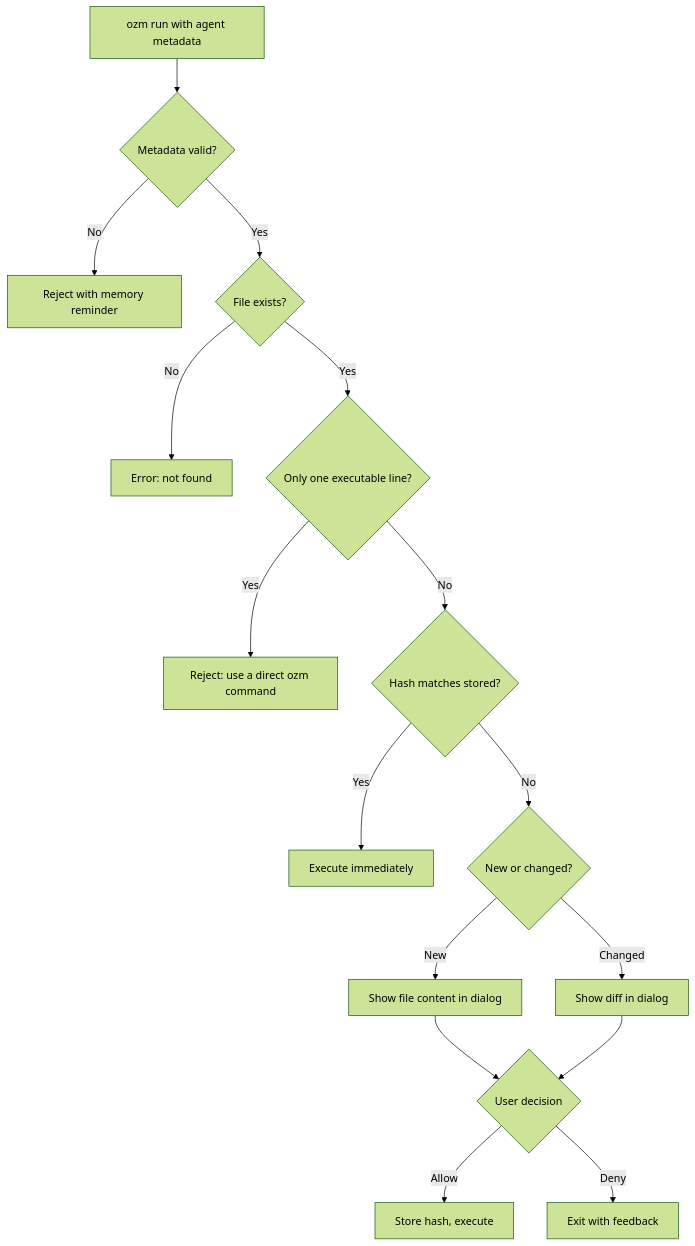
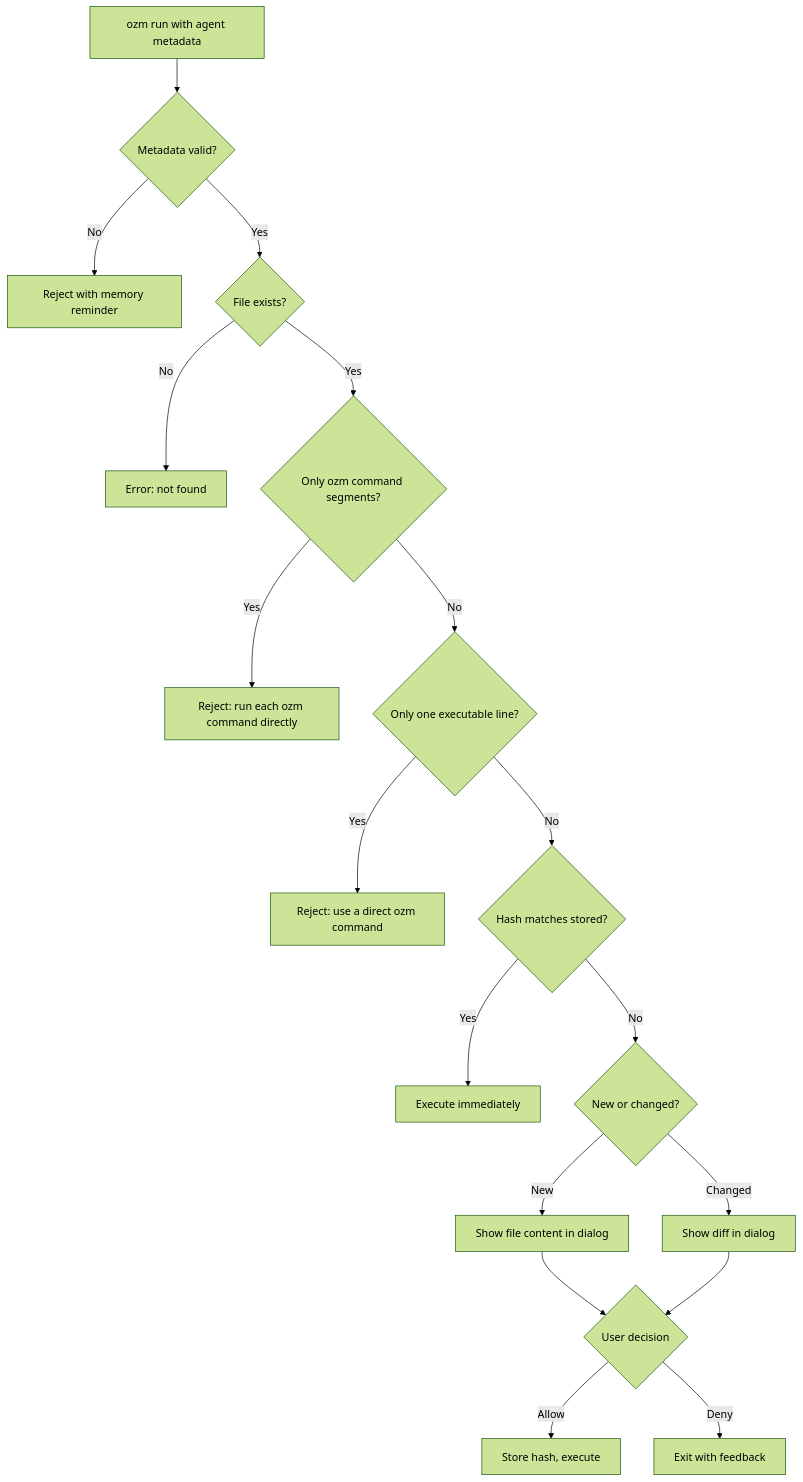
Before and after one commit to kamyar/ozm: the first of 2 diagrams in docs/commands.md, drawn with Mermaid (forest theme). The commit also changed other lines of this file and 6 other files, not shown here.

Commit message:
Reject reviewed Ozm command wrappers

````diff
--- a/docs/commands.md
+++ b/docs/commands.md
@@ -44,18 +44,20 @@
 ```mermaid
 flowchart TD
     A[ozm run with agent metadata] --> B{Metadata valid?}
     B -->|No| M[Reject with memory reminder]
     B -->|Yes| C{File exists?}
     C -->|No| E[Error: not found]
-    C -->|Yes| O{Only one executable line?}
+    C -->|Yes| Z{Only ozm command segments?}
+    Z -->|Yes| Q[Reject: run each ozm command directly]
+    Z -->|No| O{Only one executable line?}
     O -->|Yes| P[Reject: use a direct ozm command]
     O -->|No| D{Hash matches stored?}
     D -->|Yes| X[Execute immediately]
     D -->|No| F{New or changed?}
     F -->|New| G[Show file content in dialog]
     F -->|Changed| H[Show diff in dialog]
     G --> I{User decision}
     H --> I
     I -->|Allow| J[Store hash, execute]
     I -->|Deny| K[Exit with feedback]
 ```
````
